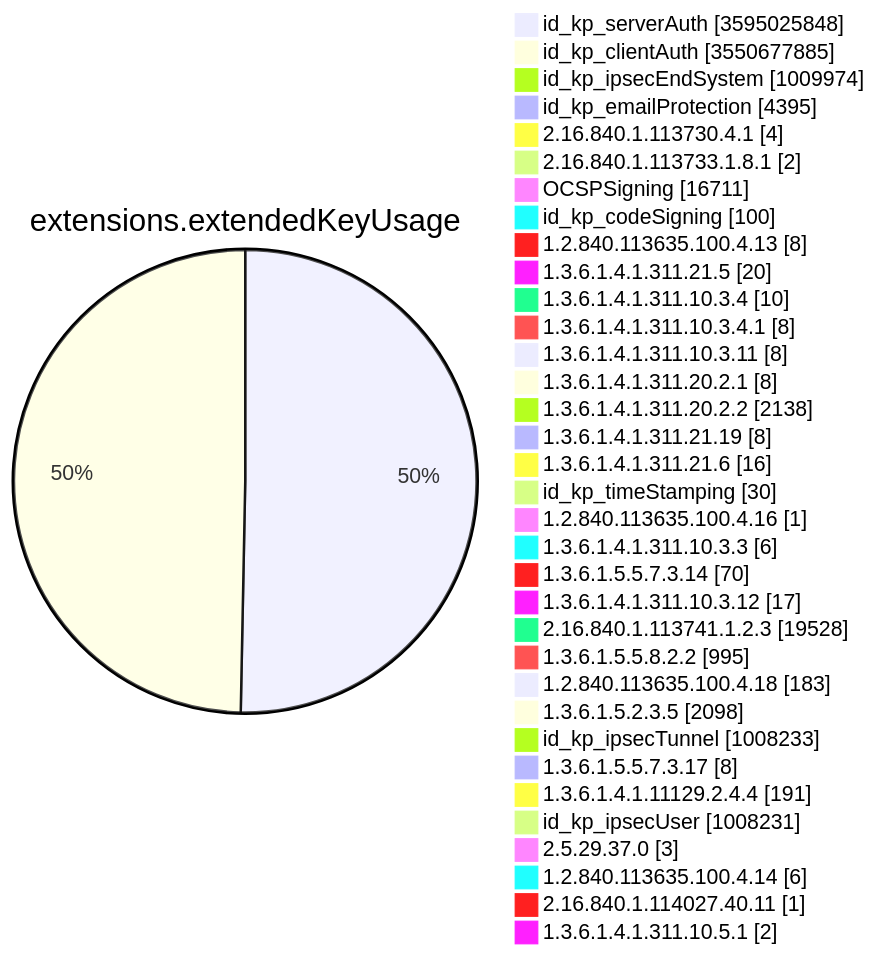
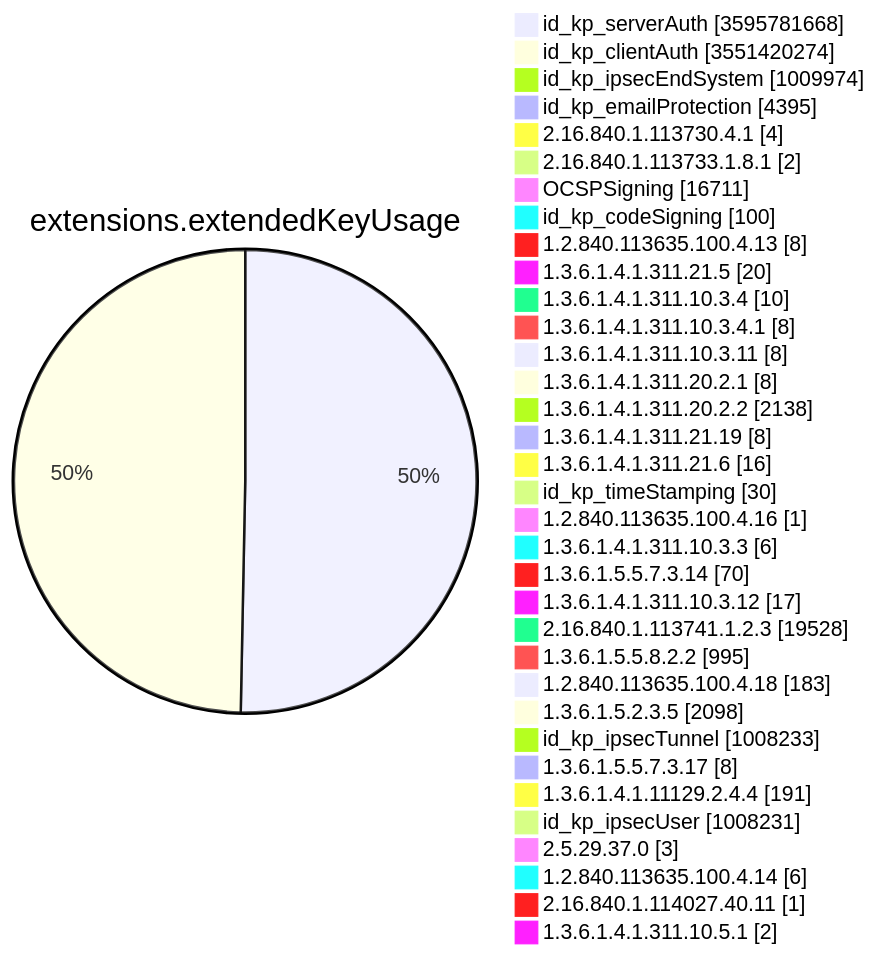
One commit to christiankrug/ctmonitor_visualization changed diagram 11 of 15 in TOTAL/README.md. Above: the diagram before and after it, drawn with Mermaid. The commit also changed other lines of this file, not shown here.

````diff
--- a/TOTAL/README.md
+++ b/TOTAL/README.md
@@ -4129,38 +4129,38 @@
 ```mermaid
 pie showData
 title extensions.extendedKeyUsage
-"id_kp_serverAuth" :3595025848
-"id_kp_clientAuth" :3550677885
+"id_kp_serverAuth" :3595781668
+"id_kp_clientAuth" :3551420274
 "id_kp_ipsecEndSystem" :1009974
 "id_kp_emailProtection" :4395
 "2.16.840.1.113730.4.1" :4
 "2.16.840.1.113733.1.8.1" :2
 "OCSPSigning" :16711
 "id_kp_codeSigning" :100
 "1.2.840.113635.100.4.13" :8
 "1.3.6.1.4.1.311.21.5" :20
 "1.3.6.1.4.1.311.10.3.4" :10
 "1.3.6.1.4.1.311.10.3.4.1" :8
 "1.3.6.1.4.1.311.10.3.11" :8
 "1.3.6.1.4.1.311.20.2.1" :8
 "1.3.6.1.4.1.311.20.2.2" :2138
 "1.3.6.1.4.1.311.21.19" :8
 "1.3.6.1.4.1.311.21.6" :16
 "id_kp_timeStamping" :30
 "1.2.840.113635.100.4.16" :1
 "1.3.6.1.4.1.311.10.3.3" :6
 "1.3.6.1.5.5.7.3.14" :70
 "1.3.6.1.4.1.311.10.3.12" :17
 "2.16.840.1.113741.1.2.3" :19528
 "1.3.6.1.5.5.8.2.2" :995
 "1.2.840.113635.100.4.18" :183
 "1.3.6.1.5.2.3.5" :2098
 "id_kp_ipsecTunnel" :1008233
 "1.3.6.1.5.5.7.3.17" :8
 "1.3.6.1.4.1.11129.2.4.4" :191
 "id_kp_ipsecUser" :1008231
 "2.5.29.37.0" :3
 "1.2.840.113635.100.4.14" :6
 "2.16.840.1.114027.40.11" :1
 "1.3.6.1.4.1.311.10.5.1" :2
 ```
````
